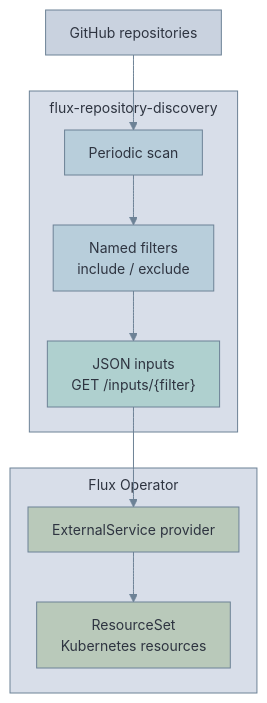
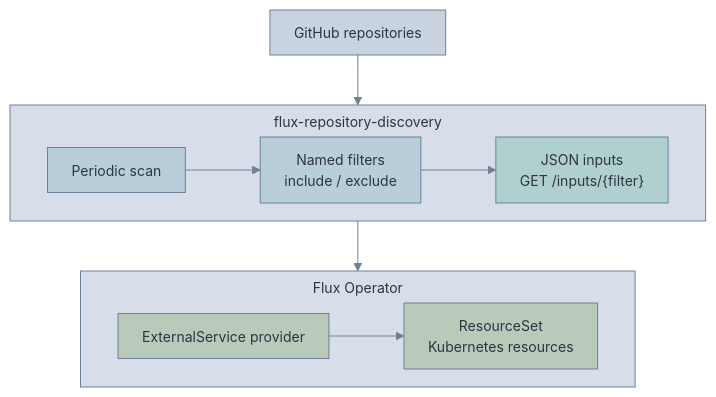
The fourth of 12 diagrams in docs/mermaid-palettes.md (vterdunov/flux-repository-discovery), drawn with Mermaid before and after one commit. The commit also changed other lines of this file, not shown here.

````diff
--- a/docs/mermaid-palettes.md
+++ b/docs/mermaid-palettes.md
@@ -174,45 +162,46 @@
 ```mermaid
 ---
 config:
   theme: base
   themeVariables:
     fontFamily: "system-ui, sans-serif"
     fontSize: "14px"
     primaryColor: "#b8cedb"
     primaryTextColor: "#2e3440"
     primaryBorderColor: "#6d8296"
     lineColor: "#6d8296"
     textColor: "#2e3440"
     clusterBkg: "#d8dee9"
     clusterBorder: "#6d8296"
     titleColor: "#2e3440"
   flowchart:
     nodeSpacing: 16
     rankSpacing: 50
     padding: 12
     subGraphTitleMargin:
       top: 6
       bottom: 8
 ---
 flowchart TB
     github["GitHub repositories"]
 
     subgraph discovery["flux-repository-discovery"]
+        direction LR
         scan["Periodic scan"] --> filters["Named filters<br/>include / exclude"]
         filters --> inputs["JSON inputs<br/>GET /inputs/{filter}"]
     end
 
     subgraph flux["Flux Operator"]
+        direction LR
         provider["ExternalService provider"] --> resources["ResourceSet<br/>Kubernetes resources"]
     end
 
-    github --> scan
-    inputs --> provider
+    github --> discovery --> flux
 
     classDef source fill:#c9d2df,stroke:#6d8296,color:#2e3440
     classDef output fill:#afd0cf,stroke:#6d8296,color:#2e3440
     classDef consumer fill:#b9c9ba,stroke:#6d8296,color:#2e3440
     class github source
     class inputs output
     class provider,resources consumer
 ```
````
